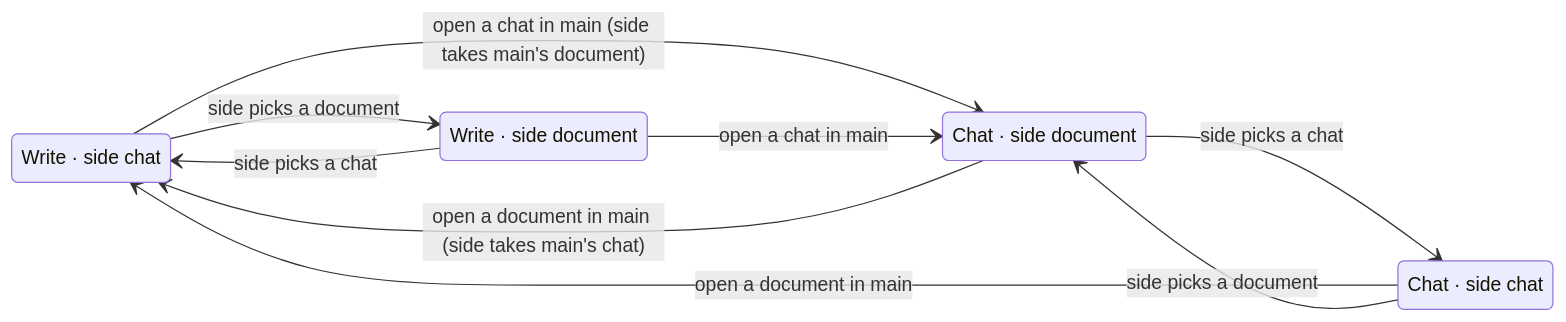
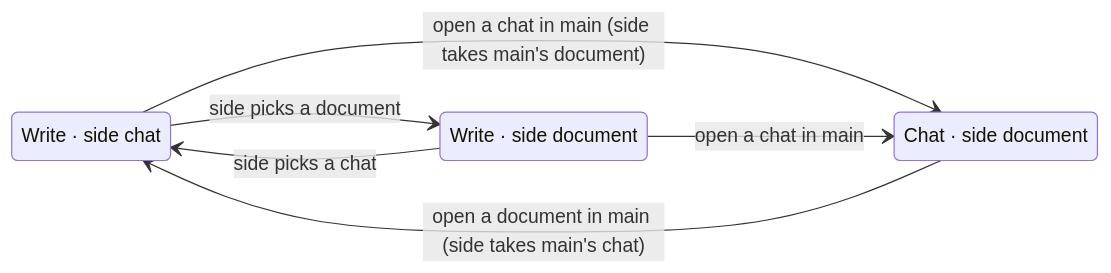
Before and after one commit to haowjy/meridian-flow: the second of 2 diagrams in apps/app/src/features/project/.context/pane-state-machine.md, drawn with Mermaid. The commit also changed other lines of this file, not shown here.

Commit message:
Pane state machine: never two chats on screen; beside a chat the side offers documents only

````diff
--- a/apps/app/src/features/project/.context/pane-state-machine.md
+++ b/apps/app/src/features/project/.context/pane-state-machine.md
@@ -79,16 +82,12 @@
 ```mermaid
 stateDiagram-v2
   direction LR
   state "Write · side chat" as WC
   state "Write · side document" as WD
   state "Chat · side document" as CD
-  state "Chat · side chat" as CC
   WC --> CD: open a chat in main (side takes main's document)
   CD --> WC: open a document in main (side takes main's chat)
   WD --> CD: open a chat in main
-  CC --> WC: open a document in main
   WC --> WD: side picks a document
   WD --> WC: side picks a chat
-  CD --> CC: side picks a chat
-  CC --> CD: side picks a document
 ```
````
